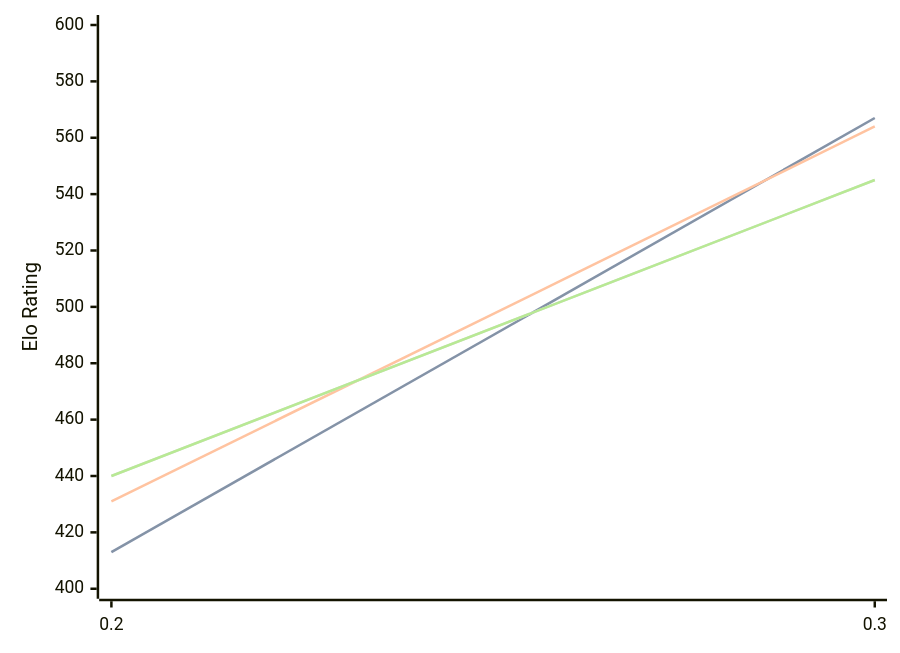
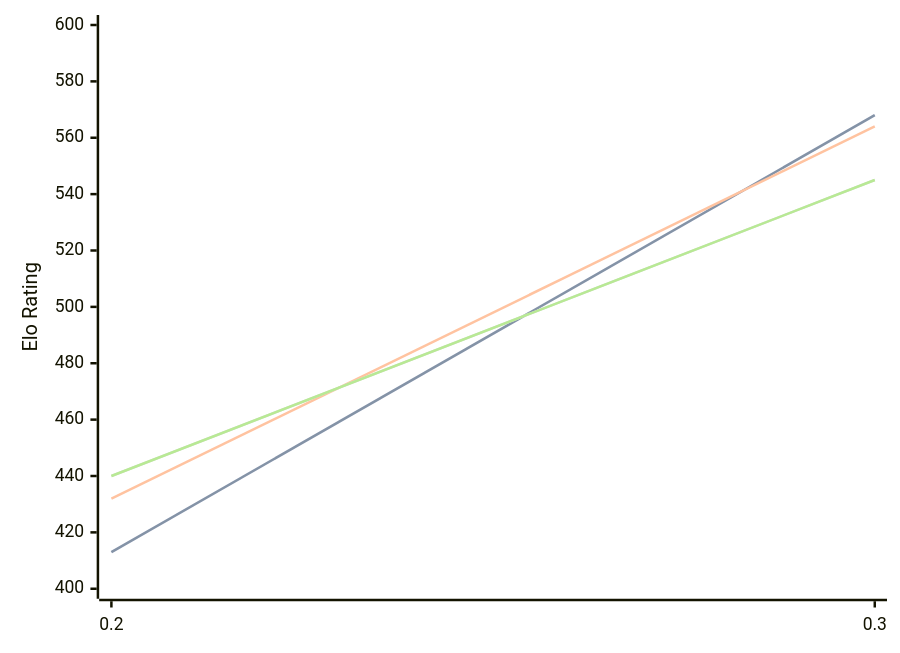
The diagram in engines/Magpie.md (computer-chess-index/cci), drawn with Mermaid before and after one commit. The commit also changed other lines of this file, not shown here.

````diff
--- a/engines/Magpie.md
+++ b/engines/Magpie.md
@@ -32,11 +32,11 @@
 ```mermaid
 %%{init: {"theme":"base","themeVariables":{"seriesColors:['#a3a3a3','#222221','#faa371']}}}%%
 xychart-beta
   x-axis ["0.2", "0.3"]
   y-axis "Elo Rating" 400 --> 600
-  line "STC (8.0+0.08s)" [413, 567]
-  line "STC (8.0+0.08s)" [413, 567]
-  line "LTC (60.0+0.60s)" [431, 564]
+  line "STC (8.0+0.08s)" [413, 568]
+  line "STC (8.0+0.08s)" [413, 568]
+  line "LTC (60.0+0.60s)" [432, 564]
   line "VLTC (2m24s+1.12s)" [440, 545]
   line "VLTC (2m24s+1.12s)" [440, 545]
 ```
````
